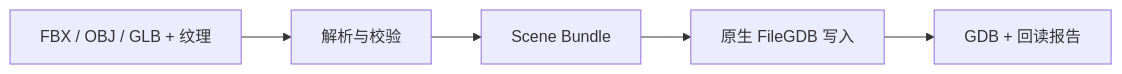
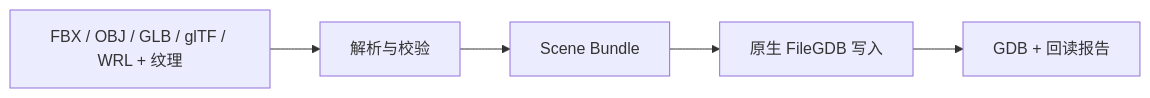
Before and after one commit to jasper-gis/GeoModelBridge: the diagram in README.md, drawn with Mermaid. The commit also changed other lines of this file and 78 other files, not shown here.

````diff
--- a/README.md
+++ b/README.md
@@ -38,7 +38,7 @@
 ```mermaid
 flowchart LR
-    A[FBX / OBJ / GLB + 纹理] --> B[解析与校验]
+    A[FBX / OBJ / GLB / glTF / WRL + 纹理] --> B[解析与校验]
     B --> C[Scene Bundle]
     C --> D[原生 FileGDB 写入]
     D --> E[GDB + 回读报告]
 ```
````
